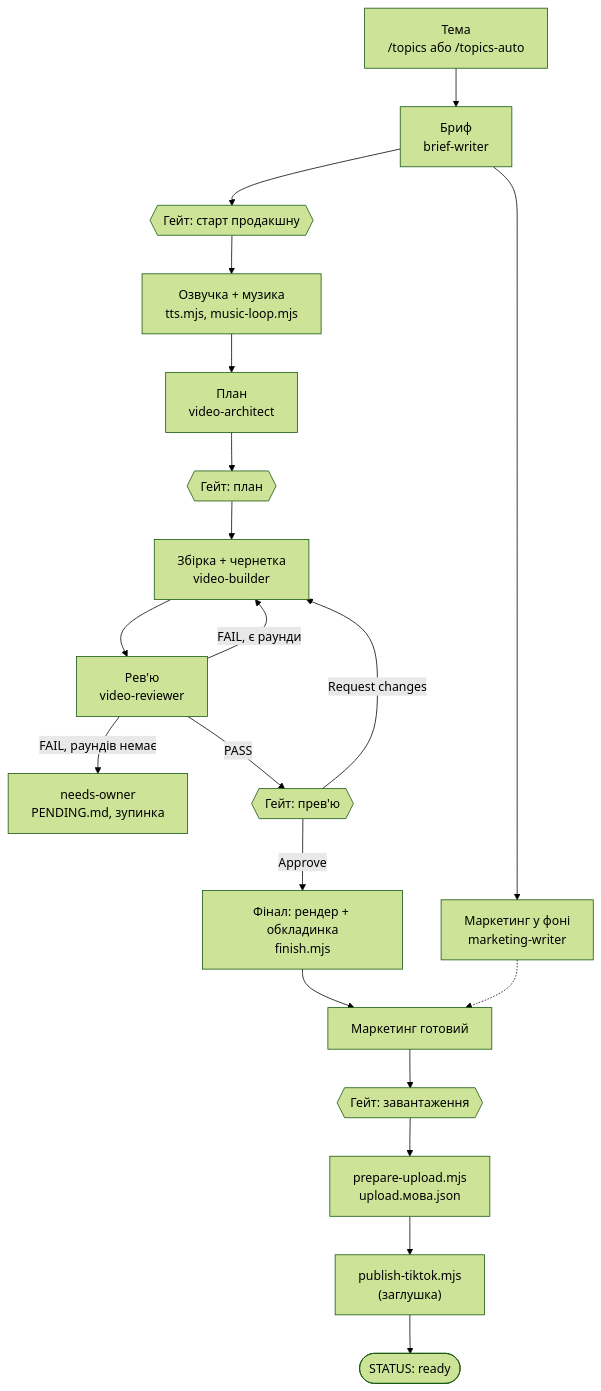
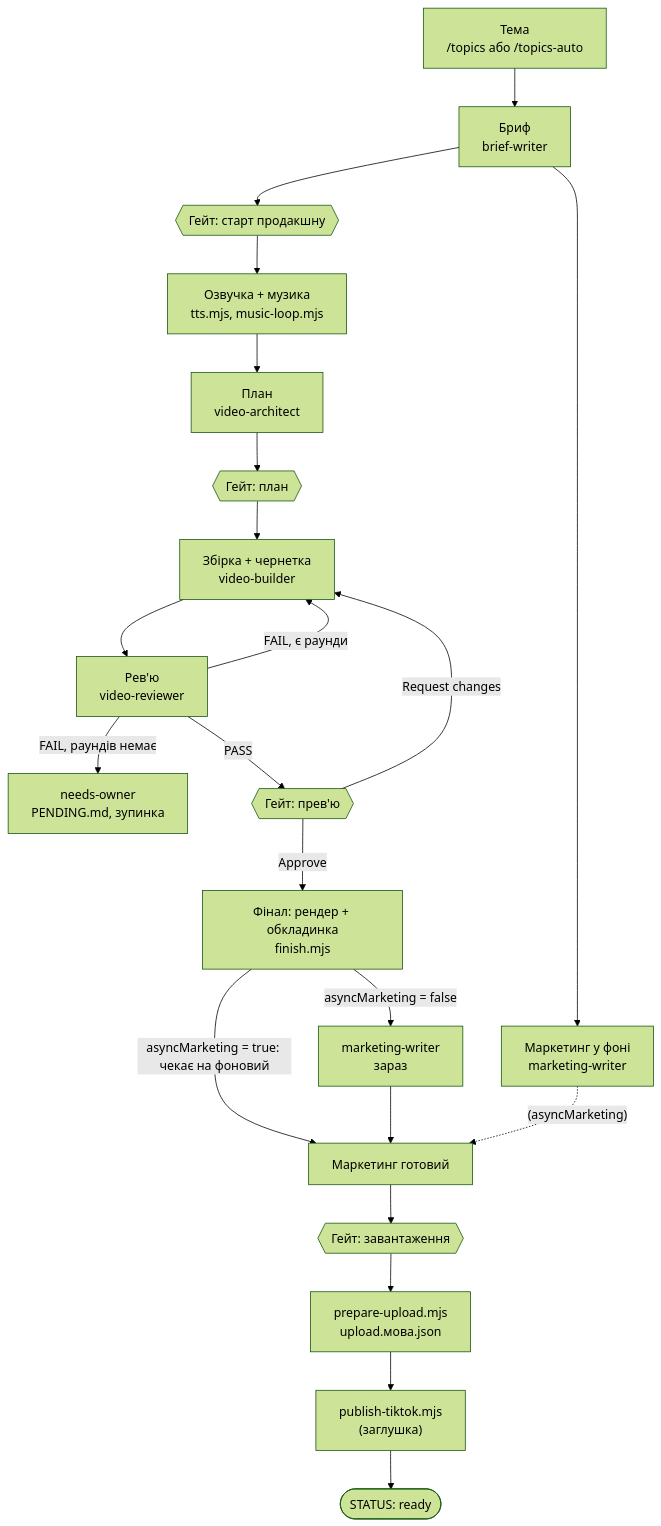
The first of 5 diagrams in README.md (olehsov/tiktok-videomaker), drawn with Mermaid (forest theme) before and after one commit. The commit also changed other lines of this file and 3 other files, not shown here.

````diff
--- a/README.md
+++ b/README.md
@@ -119,22 +119,24 @@
 ```mermaid
 flowchart TD
     A["Тема<br/>/topics або /topics-auto"] --> B["Бриф<br/>brief-writer"]
     B --> M["Маркетинг у фоні<br/>marketing-writer"]
     B --> G1{{"Гейт: старт продакшну"}}
     G1 --> V["Озвучка + музика<br/>tts.mjs, music-loop.mjs"]
     V --> P["План<br/>video-architect"]
     P --> G2{{"Гейт: план"}}
     G2 --> BU["Збірка + чернетка<br/>video-builder"]
     BU --> R["Рев'ю<br/>video-reviewer"]
     R -- "FAIL, є раунди" --> BU
     R -- "FAIL, раундів немає" --> N["needs-owner<br/>PENDING.md, зупинка"]
     R -- PASS --> G3{{"Гейт: прев'ю"}}
     G3 -- "Request changes" --> BU
     G3 -- Approve --> F["Фінал: рендер + обкладинка<br/>finish.mjs"]
-    F --> MK["Маркетинг готовий"]
-    M -.-> MK
+    F -- "asyncMarketing = true: чекає на фоновий" --> MK["Маркетинг готовий"]
+    F -- "asyncMarketing = false" --> MW["marketing-writer<br/>зараз"]
+    MW --> MK
+    M -. "(asyncMarketing)" .-> MK
     MK --> G4{{"Гейт: завантаження"}}
     G4 --> U["prepare-upload.mjs<br/>upload.мова.json"]
     U --> PB["publish-tiktok.mjs<br/>(заглушка)"]
     PB --> RD(["STATUS: ready"])
 ```
````
